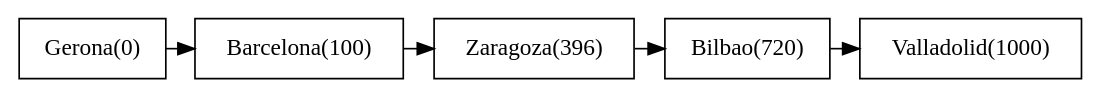
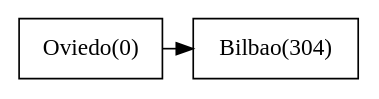
One commit to Sergio-Sebastian/-EDD-Proyecto2_Junio2020_201709159 changed the diagram in [EDD]Proyecto2_Junio2020/RutaCorta.dot. Above: the diagram before and after it, drawn with Graphviz. The commit also changed 37 other files, not shown here.

```diff
--- a/[EDD]Proyecto2_Junio2020/RutaCorta.dot
+++ b/[EDD]Proyecto2_Junio2020/RutaCorta.dot
@@ -1,11 +1,8 @@
 digraph D {
 node[shape=rectangle]
 
-"Gerona(0)"->"Barcelona(100)";
-"Barcelona(100)"->"Zaragoza(396)";
-"Zaragoza(396)"->"Bilbao(720)";
-"Bilbao(720)"->"Valladolid(1000)";
-"Valladolid(1000)"
-{rank=same;"Gerona(0)""Barcelona(100)""Zaragoza(396)""Bilbao(720)""Valladolid(1000)"}
+"Oviedo(0)"->"Bilbao(304)";
+"Bilbao(304)"
+{rank=same;"Oviedo(0)""Bilbao(304)"}
 
 }
```
